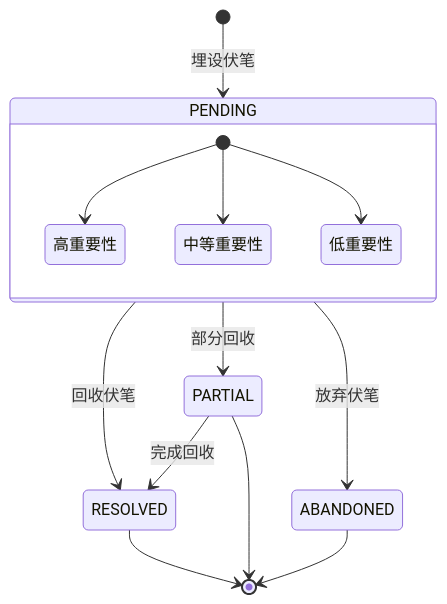
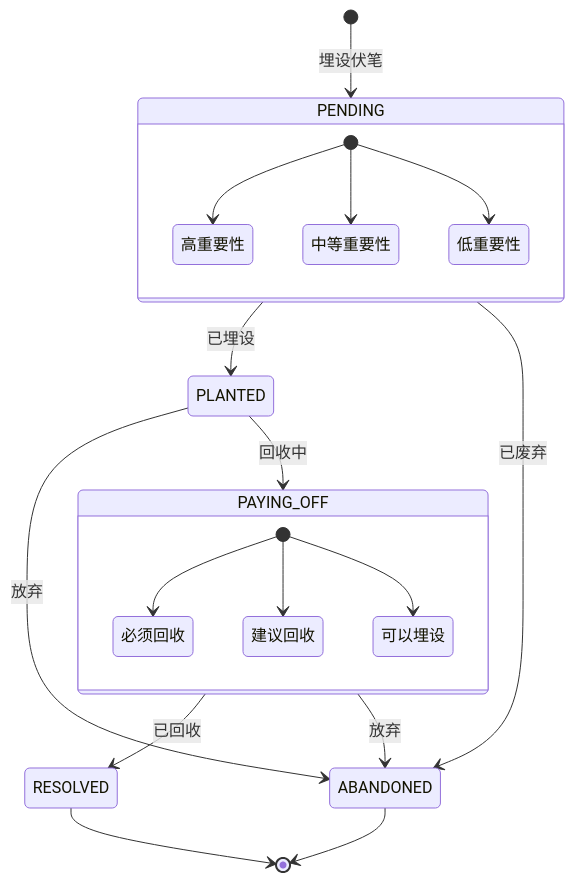
The eighth of 10 diagrams in .qoder/repowiki/zh/content/AI智能体系统/上下文压缩系统.md (xfbyxq/ai-novel-system), drawn with Mermaid before and after one commit. The commit also changed other lines of this file and 84 other files, not shown here.

````diff
--- a/.qoder/repowiki/zh/content/AI智能体系统/上下文压缩系统.md
+++ b/.qoder/repowiki/zh/content/AI智能体系统/上下文压缩系统.md
@@ -347,16 +385,22 @@
 ```mermaid
 stateDiagram-v2
 [*] --> PENDING : 埋设伏笔
-PENDING --> RESOLVED : 回收伏笔
-PENDING --> PARTIAL : 部分回收
-PENDING --> ABANDONED : 放弃伏笔
+PENDING --> PLANTED : 已埋设
+PLANTED --> PAYING_OFF : 回收中
+PAYING_OFF --> RESOLVED : 已回收
+PENDING --> ABANDONED : 已废弃
+PLANTED --> ABANDONED : 放弃
+PAYING_OFF --> ABANDONED : 放弃
 RESOLVED --> [*]
-PARTIAL --> RESOLVED : 完成回收
-PARTIAL --> [*]
 ABANDONED --> [*]
 state PENDING {
 [*] --> 高重要性
 [*] --> 中等重要性
 [*] --> 低重要性
 }
+state PAYING_OFF {
+[*] --> 必须回收
+[*] --> 建议回收
+[*] --> 可以埋设
+}
 ```
````
